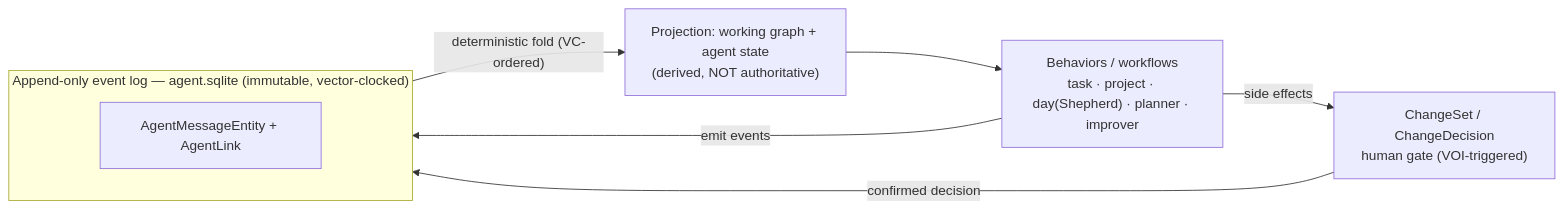
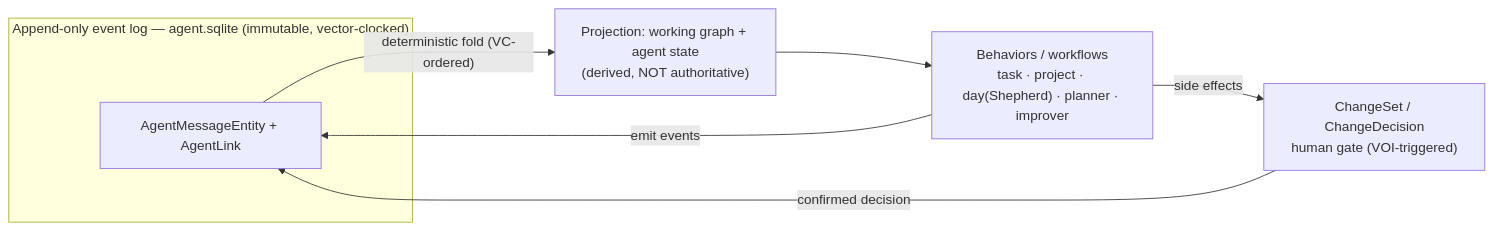
Before and after one commit to matthiasn/lotti: the first of 5 diagrams in docs/daily_os_ai_runtime_architecture.md, drawn with Mermaid. The commit also changed other lines of this file and 2 other files, not shown here.

Commit message:
docs: address PR review on Daily OS architecture doc
- Mermaid: target inner node E instead of the Log subgraph so GitHub's
  renderer draws the fold/emit/confirm edges (gemini-code-assist).
- Sync (§8 / ADR 0018): separate equal-timestamp divergence (fixed by the
  hostId/id tiebreak) from a skewed/fast clock winning a concurrent branch
  (needs a monotonic HLC / bounded drift, not the tiebreak) (gemini-code-assist).
- Compaction (§6 / ADR 0017): specify the canonical-form + versioned-hash
  contract for content-addressed summaries so devices derive identical
  digests (coderabbitai).
- Thread D: compliance caveat — primary-source links for load-bearing
  claims, flag unverified vendor superlatives, point to §11 (coderabbitai).

````diff
--- a/docs/daily_os_ai_runtime_architecture.md
+++ b/docs/daily_os_ai_runtime_architecture.md
@@ -72,11 +72,11 @@
 ```mermaid
 flowchart LR
   subgraph Log["Append-only event log — agent.sqlite (immutable, vector-clocked)"]
     E["AgentMessageEntity + AgentLink"]
   end
-  Log -->|"deterministic fold (VC-ordered)"| Proj["Projection: working graph + agent state<br/>(derived, NOT authoritative)"]
+  E -->|"deterministic fold (VC-ordered)"| Proj["Projection: working graph + agent state<br/>(derived, NOT authoritative)"]
   Proj --> Behaviors["Behaviors / workflows<br/>task · project · day(Shepherd) · planner · improver"]
-  Behaviors -->|emit events| Log
+  Behaviors -->|emit events| E
   Behaviors -->|side effects| Gate["ChangeSet / ChangeDecision<br/>human gate (VOI-triggered)"]
-  Gate -->|confirmed decision| Log
+  Gate -->|confirmed decision| E
 ```
````
